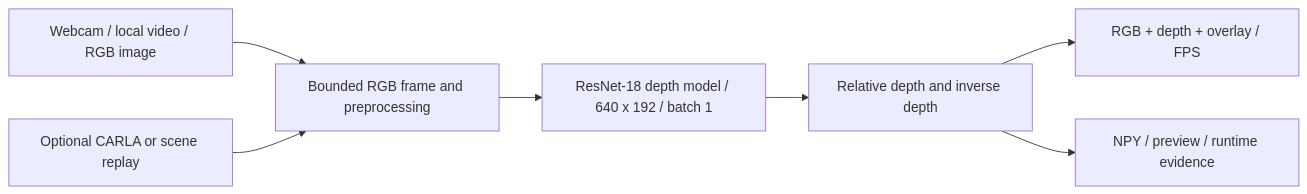
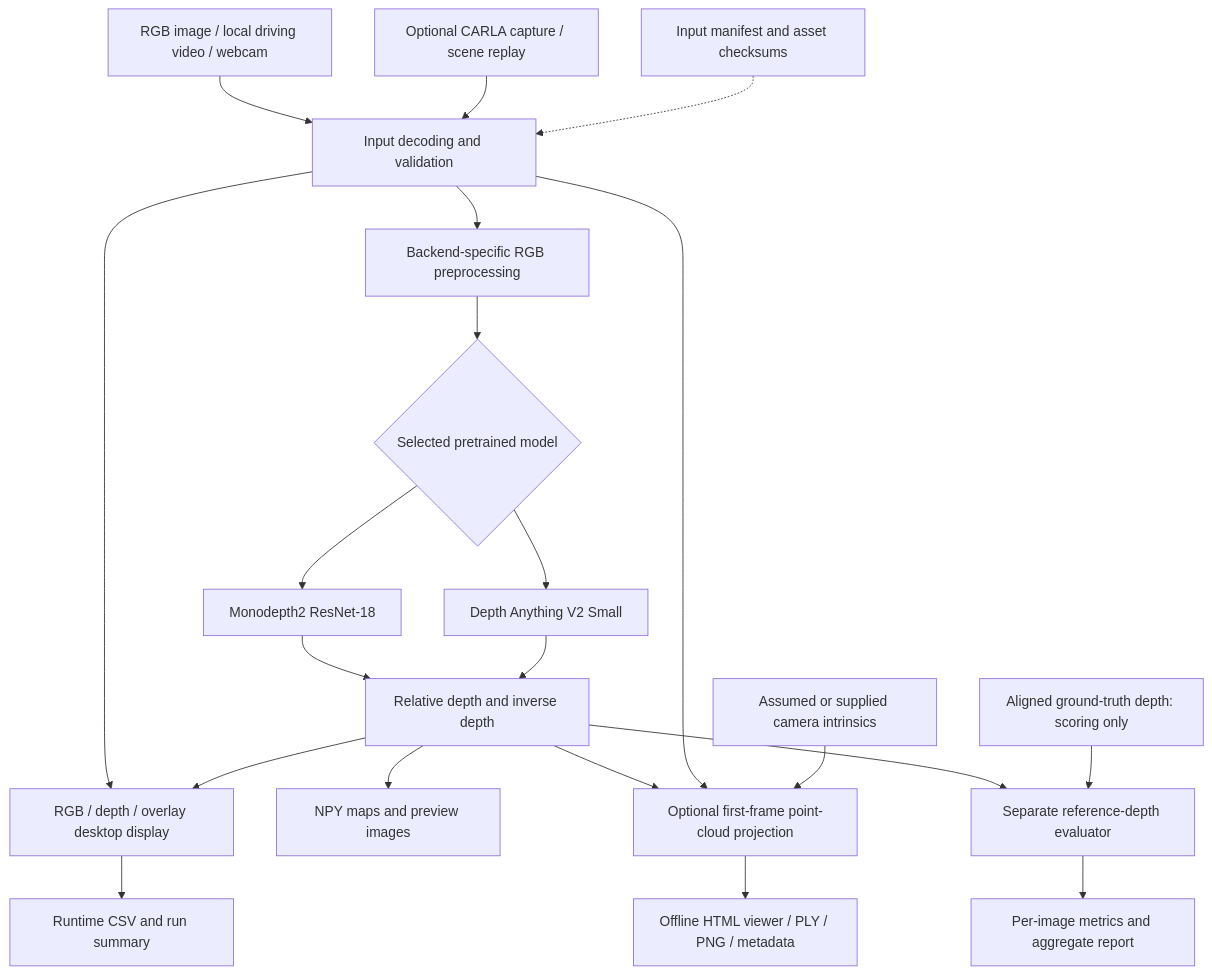
Before and after one commit to pjha26/FinalProject: the diagram in README.md, drawn with Mermaid. The commit also changed other lines of this file and 3 other files, not shown here.

````diff
--- a/README.md
+++ b/README.md
@@ -161,9 +20,23 @@
 ```mermaid
-flowchart LR
-    A[Webcam / local video / RGB image] --> B[Bounded RGB frame and preprocessing]
-    B --> C[ResNet-18 depth model / 640 x 192 / batch 1]
-    C --> D[Relative depth and inverse depth]
-    D --> E[RGB + depth + overlay / FPS]
-    D --> F[NPY / preview / runtime evidence]
-    G[Optional CARLA or scene replay] --> B
+flowchart TD
+    A[RGB image / local driving video / webcam] --> B[Input decoding and validation]
+    S[Optional CARLA capture / scene replay] --> B
+    M[Input manifest and asset checksums] -.-> B
+    B --> C[Backend-specific RGB preprocessing]
+    C --> D{Selected pretrained model}
+    D --> E[Monodepth2 ResNet-18]
+    D --> F[Depth Anything V2 Small]
+    E --> G[Relative depth and inverse depth]
+    F --> G
+    B --> H[RGB / depth / overlay desktop display]
+    G --> H
+    G --> I[NPY maps and preview images]
+    G --> J[Optional first-frame point-cloud projection]
+    B --> J
+    K[Assumed or supplied camera intrinsics] --> J
+    J --> L[Offline HTML viewer / PLY / PNG / metadata]
+    H --> N[Runtime CSV and run summary]
+    G --> O[Separate reference-depth evaluator]
+    P[Aligned ground-truth depth: scoring only] --> O
+    O --> Q[Per-image metrics and aggregate report]
 ```
````
